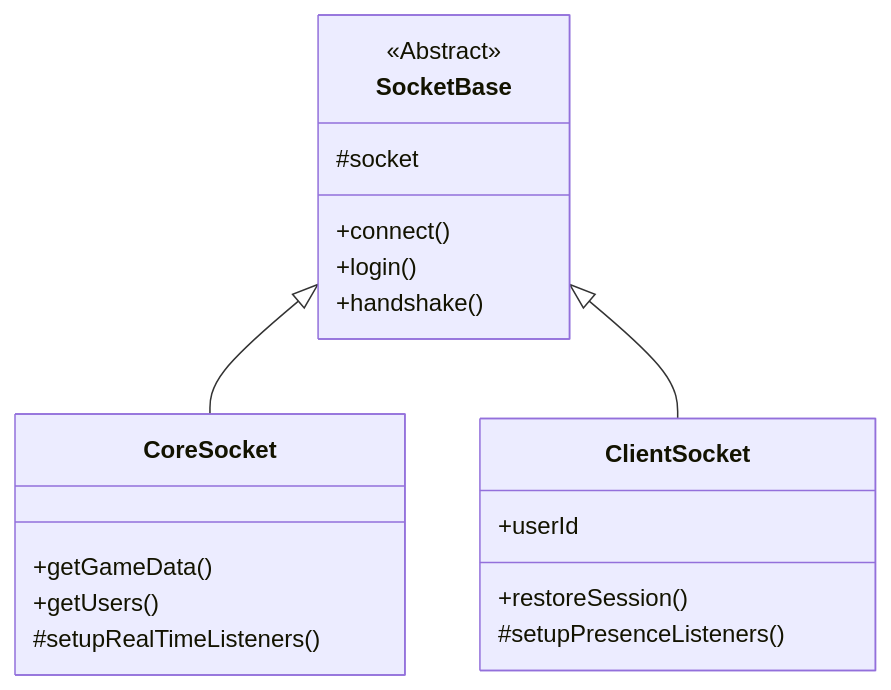
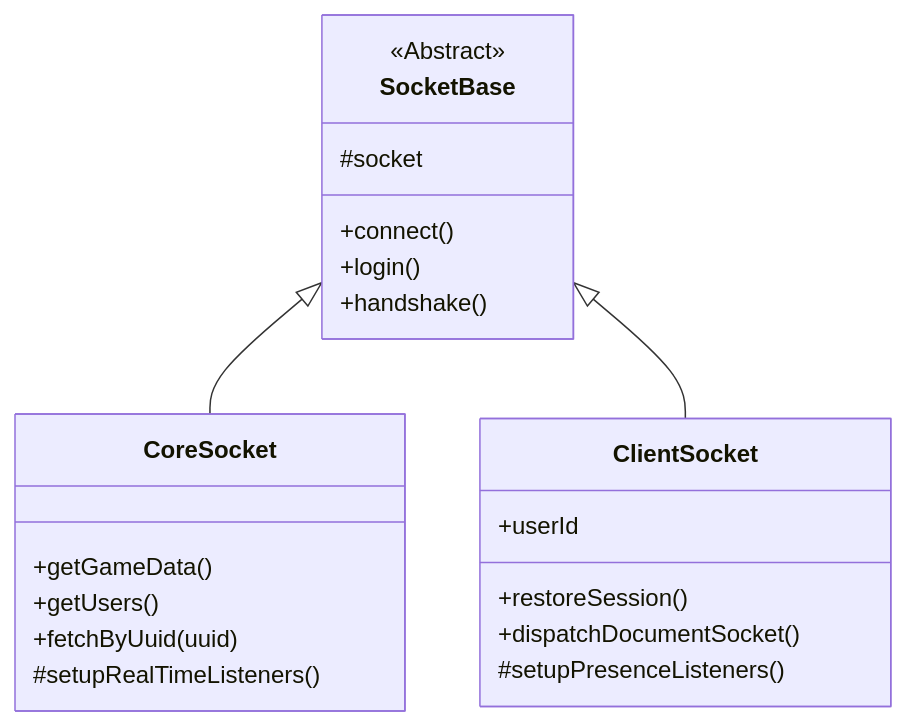
One commit to juvinious/sheet-delver changed the diagram in docs/foundry-socket.md. Above: the diagram before and after it, drawn with Mermaid. The commit also changed other lines of this file and 5 other files, not shown here.

````diff
--- a/docs/foundry-socket.md
+++ b/docs/foundry-socket.md
@@ -9,22 +9,24 @@
 ```mermaid
 classDiagram
     class SocketBase {
         <<Abstract>>
         +connect()
         +login()
         +handshake()
         #socket
     }
     class CoreSocket {
         +getGameData()
         +getUsers()
+        +fetchByUuid(uuid)
         #setupRealTimeListeners()
     }
     class ClientSocket {
         +userId
         +restoreSession()
+        +dispatchDocumentSocket()
         #setupPresenceListeners()
     }
     SocketBase <|-- CoreSocket
     SocketBase <|-- ClientSocket
 ```
````
